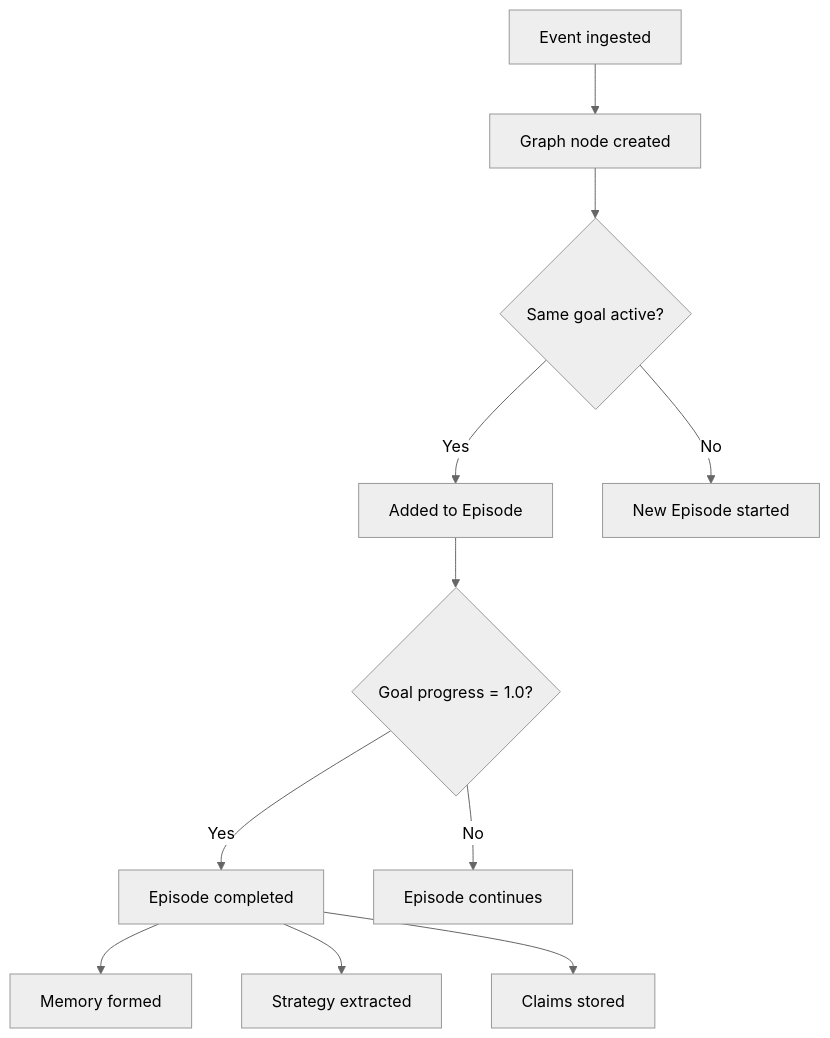
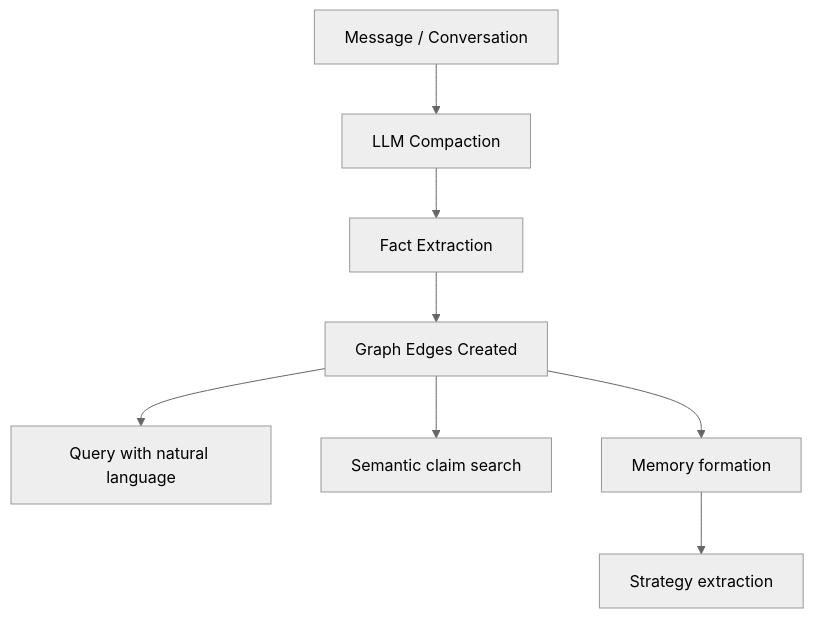
One commit to Jonathanfarrow/docs changed the diagram in concepts.mdx. Above: the diagram before and after it, drawn with Mermaid (neutral theme). The commit also changed other lines of this file and 13 other files, not shown here.

````diff
--- a/concepts.mdx
+++ b/concepts.mdx
@@ -85,13 +88,10 @@
 ```mermaid
 graph TD
-    A[Event ingested] --> B[Graph node created]
-    B --> C{Same goal active?}
-    C -->|Yes| D[Added to Episode]
-    C -->|No| E[New Episode started]
-    D --> F{Goal progress = 1.0?}
-    F -->|Yes| G[Episode completed]
-    G --> H[Memory formed]
-    G --> I[Strategy extracted]
-    G --> J[Claims stored]
-    F -->|No| K[Episode continues]
+    A[Message / Conversation] --> B[LLM Compaction]
+    B --> C[Fact Extraction]
+    C --> D[Graph Edges Created]
+    D --> E[Query with natural language]
+    D --> F[Semantic claim search]
+    D --> G[Memory formation]
+    G --> H[Strategy extraction]
 ```
````
